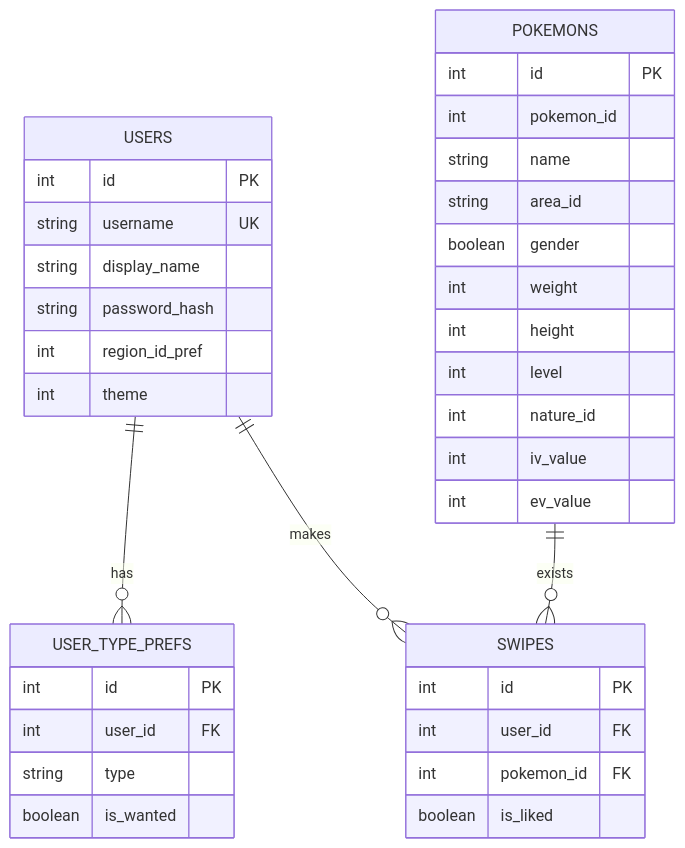
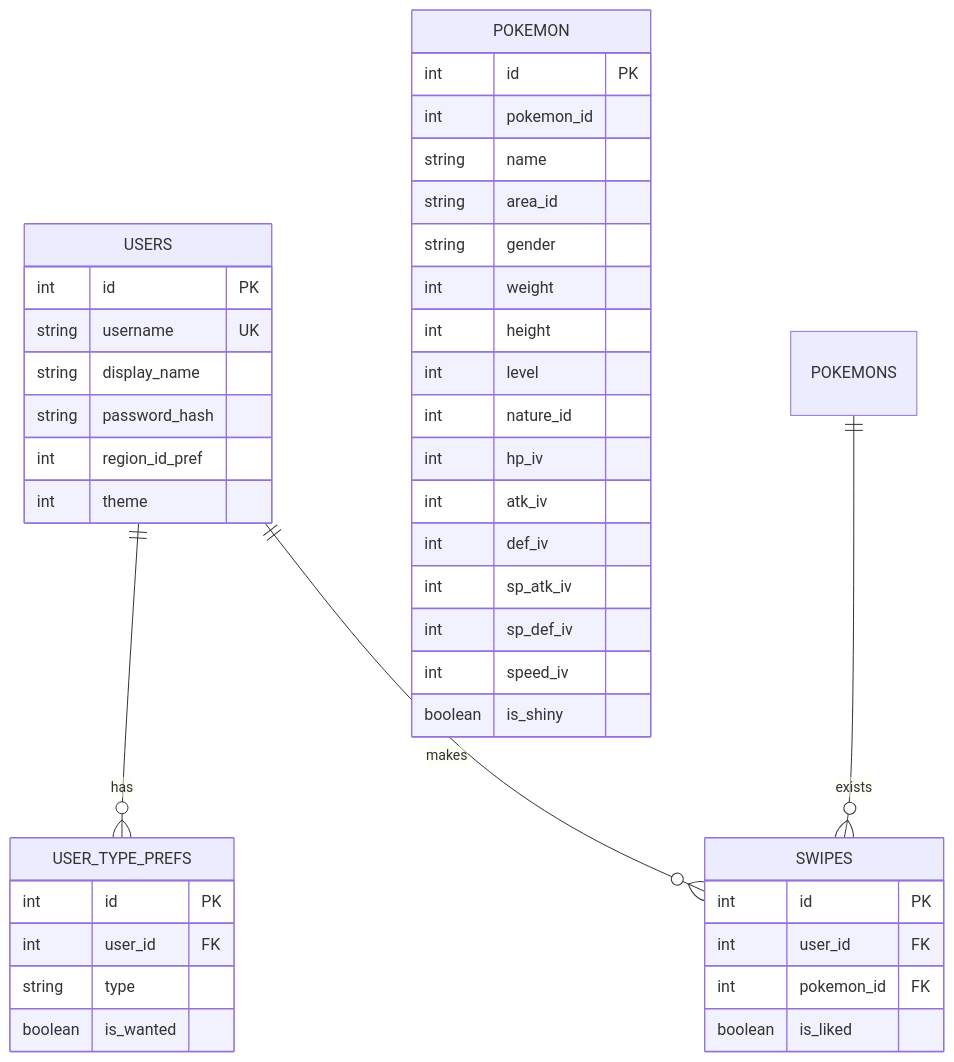
Before and after one commit to hauglandvegard/DexMatch: the second of 3 diagrams in README.md, drawn with Mermaid. The commit also changed 1 other file, not shown here.

Commit message:
Updated database - To account for new discoveries about pokémon

````diff
--- a/README.md
+++ b/README.md
@@ -125,43 +125,48 @@
 ```mermaid
 erDiagram
     USERS {
         int id PK
         string username UK
         string display_name
         string password_hash
         int region_id_pref
         int theme
     }
     
     USER_TYPE_PREFS {
         int id PK
         int user_id FK
         string type
         boolean is_wanted
     }
     
-    POKEMONS {
+    POKEMON {
         int id PK          
         int pokemon_id
         string name
         string area_id
-        boolean gender
+        string gender
         int weight
         int height
         int level
         int nature_id
-        int iv_value
-        int ev_value
+        int hp_iv
+        int atk_iv
+        int def_iv
+        int sp_atk_iv
+        int sp_def_iv
+        int speed_iv
+        boolean is_shiny
     }
     
     SWIPES {
         int id PK
         int user_id FK
         int pokemon_id FK
         boolean is_liked
     }
     
     USERS ||--o{ USER_TYPE_PREFS: has
     USERS ||--o{ SWIPES: makes
     POKEMONS ||--o{ SWIPES: exists
 ```
````
